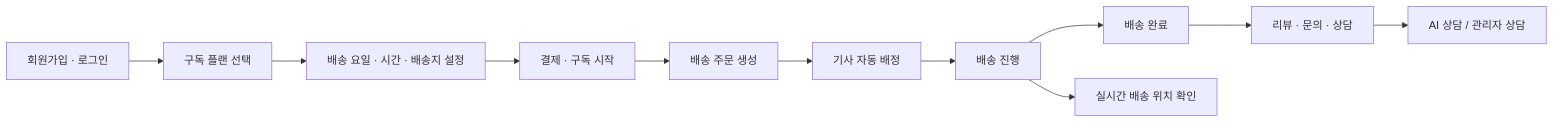
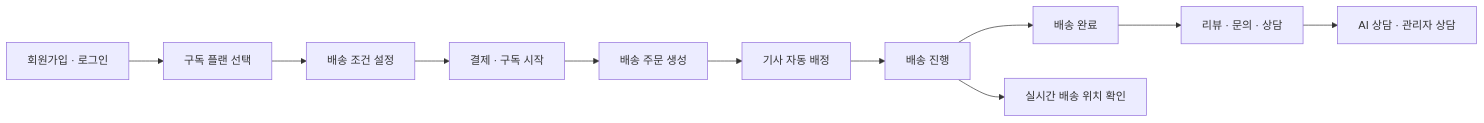
One commit to 1-team-whyNot-chapchap/.github changed the first of 5 diagrams in profile/README.md. Above: the diagram before and after it, drawn with Mermaid. The commit also changed other lines of this file, not shown here.

````diff
--- a/profile/README.md
+++ b/profile/README.md
@@ -25,14 +23,14 @@
 ```mermaid
 flowchart LR
     A["회원가입 · 로그인"] --> B["구독 플랜 선택"]
-    B --> C["배송 요일 · 시간 · 배송지 설정"]
+    B --> C["배송 조건 설정"]
     C --> D["결제 · 구독 시작"]
     D --> E["배송 주문 생성"]
     E --> F["기사 자동 배정"]
     F --> G["배송 진행"]
     G --> H["배송 완료"]
     H --> I["리뷰 · 문의 · 상담"]
 
     G --> J["실시간 배송 위치 확인"]
-    I --> K["AI 상담 / 관리자 상담"]
+    I --> K["AI 상담 · 관리자 상담"]
 ```
````
